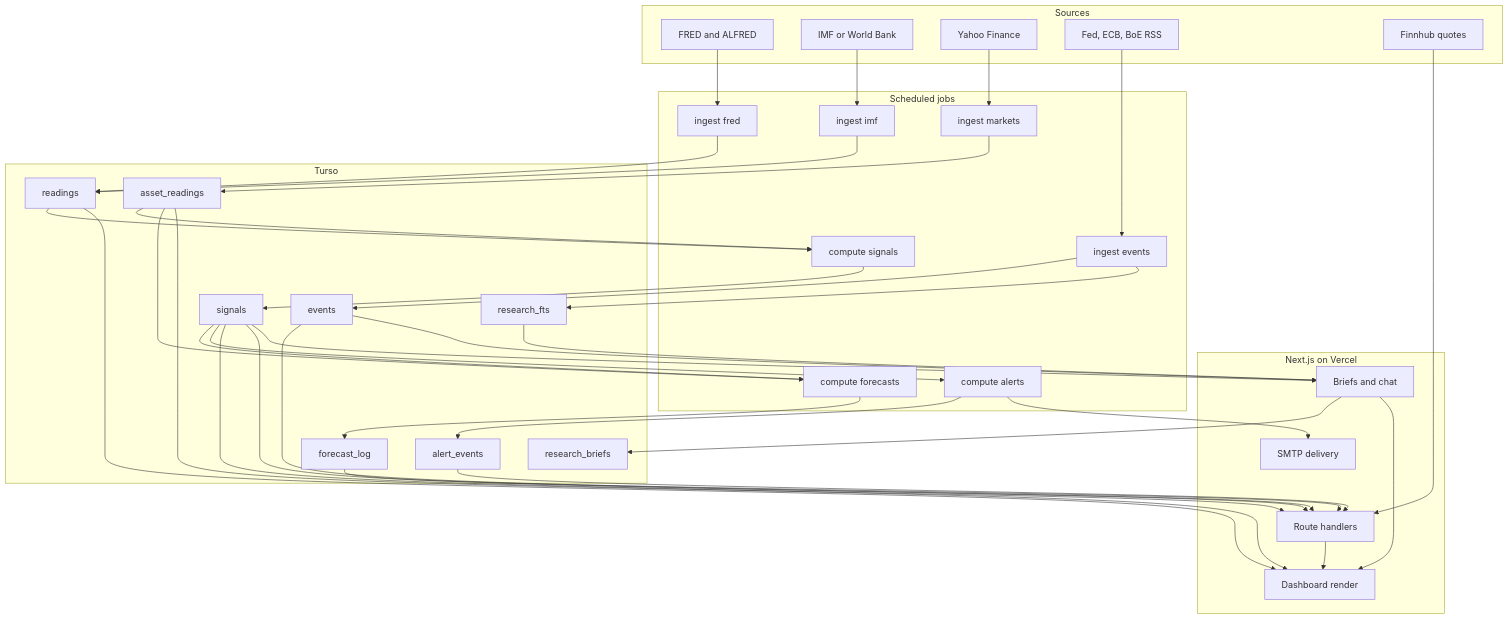
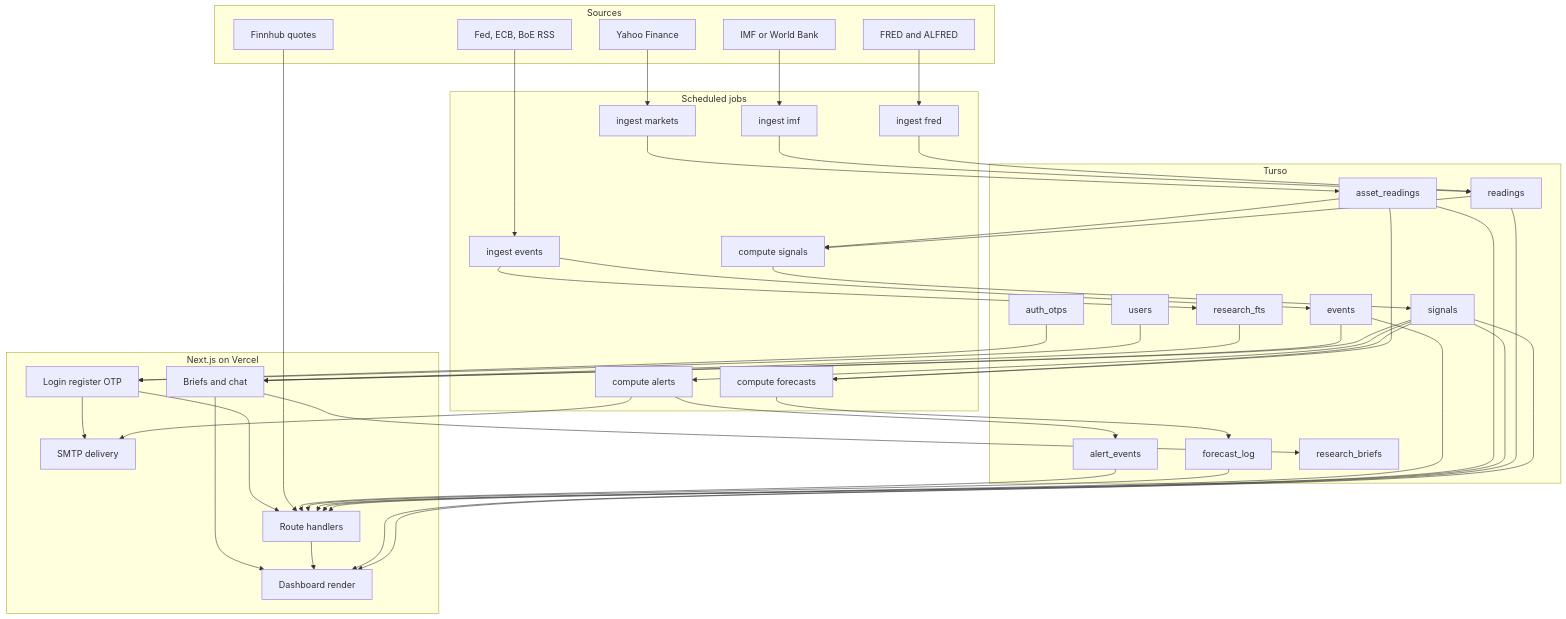
Before and after one commit to RajatRjSharma/tell: the diagram in docs/ARCHITECTURE.md, drawn with Mermaid. The commit also changed other lines of this file and 7 other files, not shown here.

First line of the commit message:
Refresh docs and architecture diagram for username auth and OTP hardening.

````diff
--- a/docs/ARCHITECTURE.md
+++ b/docs/ARCHITECTURE.md
@@ -33,68 +33,75 @@
 ```mermaid
 flowchart TB
   subgraph SRC[Sources]
     FRED[FRED and ALFRED]
     CROSS[IMF or World Bank]
     YF[Yahoo Finance]
     RSS[Fed, ECB, BoE RSS]
     FH[Finnhub quotes]
   end
 
   subgraph JOBS[Scheduled jobs]
     I1[ingest fred]
     I2[ingest imf]
     I3[ingest markets]
     I4[ingest events]
     C1[compute signals]
     C2[compute forecasts]
     C3[compute alerts]
   end
 
   subgraph DB["Turso"]
     READ[readings]
     BARS[asset_readings]
     EV[events]
     SIG[signals]
     FC[forecast_log]
     AL[alert_events]
     RB[research_briefs]
     FTS[research_fts]
+    USR[users]
+    OTP[auth_otps]
   end
 
   subgraph APP[Next.js on Vercel]
     RSC[Dashboard render]
     API[Route handlers]
+    AUTH[Login register OTP]
     AI[Briefs and chat]
     MAIL[SMTP delivery]
   end
 
   FRED --> I1 --> READ
   CROSS --> I2 --> READ
   YF --> I3 --> BARS
   RSS --> I4 --> EV
   I4 --> FTS
 
   READ --> C1
   BARS --> C1
   C1 --> SIG
   BARS --> C2
   SIG --> C2 --> FC
   SIG --> C3 --> AL
   C3 --> MAIL
 
   SIG --> RSC
   READ --> RSC
   SIG --> API
   BARS --> API
   EV --> API
   FC --> API
   AL --> API
   FH --> API
+  USR --> AUTH
+  OTP --> AUTH
+  AUTH --> MAIL
+  AUTH --> API
 
   SIG --> AI
   EV --> AI
   FTS --> AI
   AI --> RB
   API --> RSC
   AI --> RSC
 ```
````
